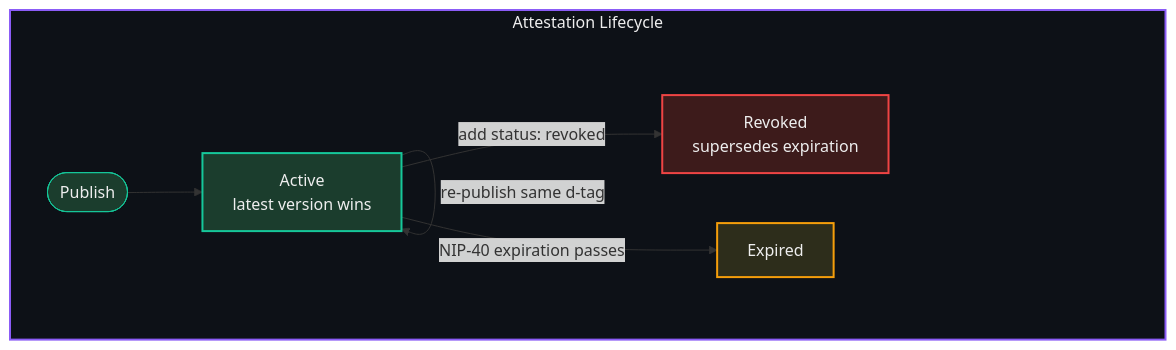
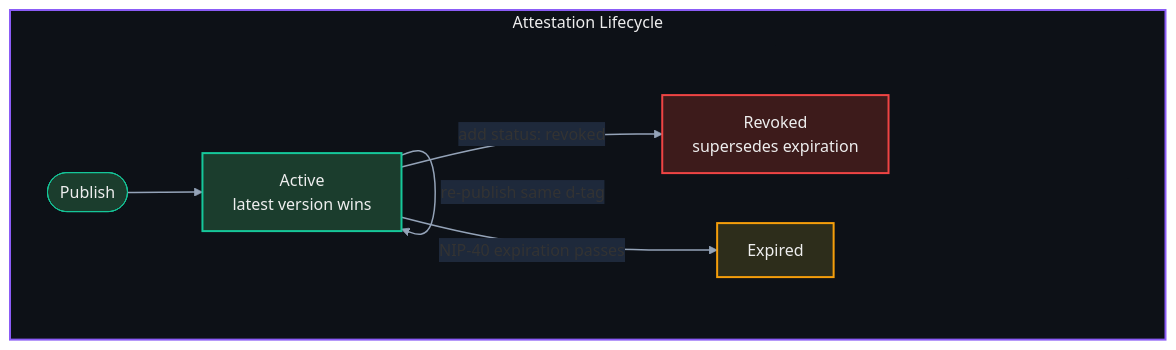
Before and after one commit to forgesworn/nostr-attestations: the diagram in assets/lifecycle.mmd, drawn with Mermaid. The commit also changed 7 other files, not shown here.

```diff
--- a/assets/lifecycle.mmd
+++ b/assets/lifecycle.mmd
@@ -1,19 +1,22 @@
+%%{init: {'themeVariables': {'lineColor': '#94a3b8', 'edgeLabelBackground': '#1e293b'}}}%%
 graph TD
     subgraph LIFECYCLE["Attestation Lifecycle"]
         PUB(["Publish"])
         PUB --> ACT
 
         ACT["Active\nlatest version wins"]
         ACT -->|"re-publish same d-tag"| ACT
         ACT -->|"add status: revoked"| REV
         ACT -->|"NIP-40 expiration passes"| EXP
 
         REV["Revoked\nsupersedes expiration"]
         EXP["Expired"]
     end
 
     style LIFECYCLE fill:#0d1117,stroke:#8b5cf6,color:#eee,stroke-width:2px
     style PUB fill:#1b3d2d,stroke:#16c79a,color:#eee
     style ACT fill:#1b3d2d,stroke:#16c79a,color:#eee,stroke-width:2px
     style REV fill:#3d1b1b,stroke:#ef4444,color:#eee,stroke-width:2px
     style EXP fill:#2d2d1b,stroke:#f59e0b,color:#eee,stroke-width:2px
+
+    linkStyle default stroke:#94a3b8,stroke-width:1.5px
```
